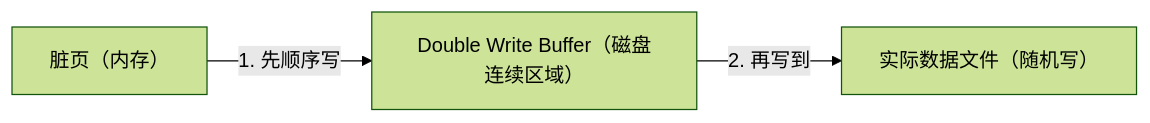
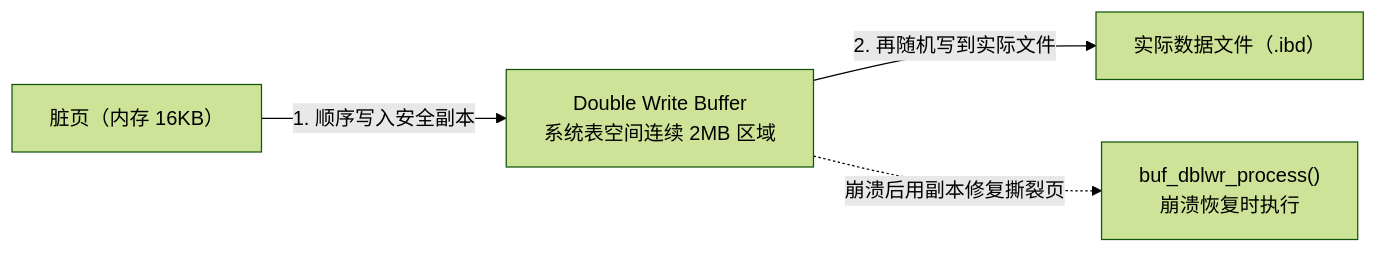
One commit to b1tzer/b1tzer.github.io changed the fifth of 5 diagrams in docs/03-mysql/06-InnoDB存储引擎深度剖析.md. Above: the diagram before and after it, drawn with Mermaid (forest theme). The commit also changed other lines of this file and 13 other files, not shown here.

Commit message:
feat: 增补多文档图示与踩坑案例，优化结构与表述

````diff
--- a/docs/03-mysql/06-InnoDB存储引擎深度剖析.md
+++ b/docs/03-mysql/06-InnoDB存储引擎深度剖析.md
@@ -254,5 +641,6 @@
 ```mermaid
 flowchart LR
-    DP["脏页（内存）"] -->|1. 先顺序写| DW["Double Write Buffer（磁盘连续区域）"]
-    DW -->|2. 再写到| DF["实际数据文件（随机写）"]
+    DP["脏页（内存 16KB）"] -->|"1. 顺序写入安全副本"| DW["Double Write Buffer<br/>系统表空间连续 2MB 区域"]
+    DW -->|"2. 再随机写到实际文件"| DF["实际数据文件（.ibd）"]
+    DW -.->|"崩溃后用副本修复撕裂页"| RECV["buf_dblwr_process()<br/>崩溃恢复时执行"]
 ```
````
